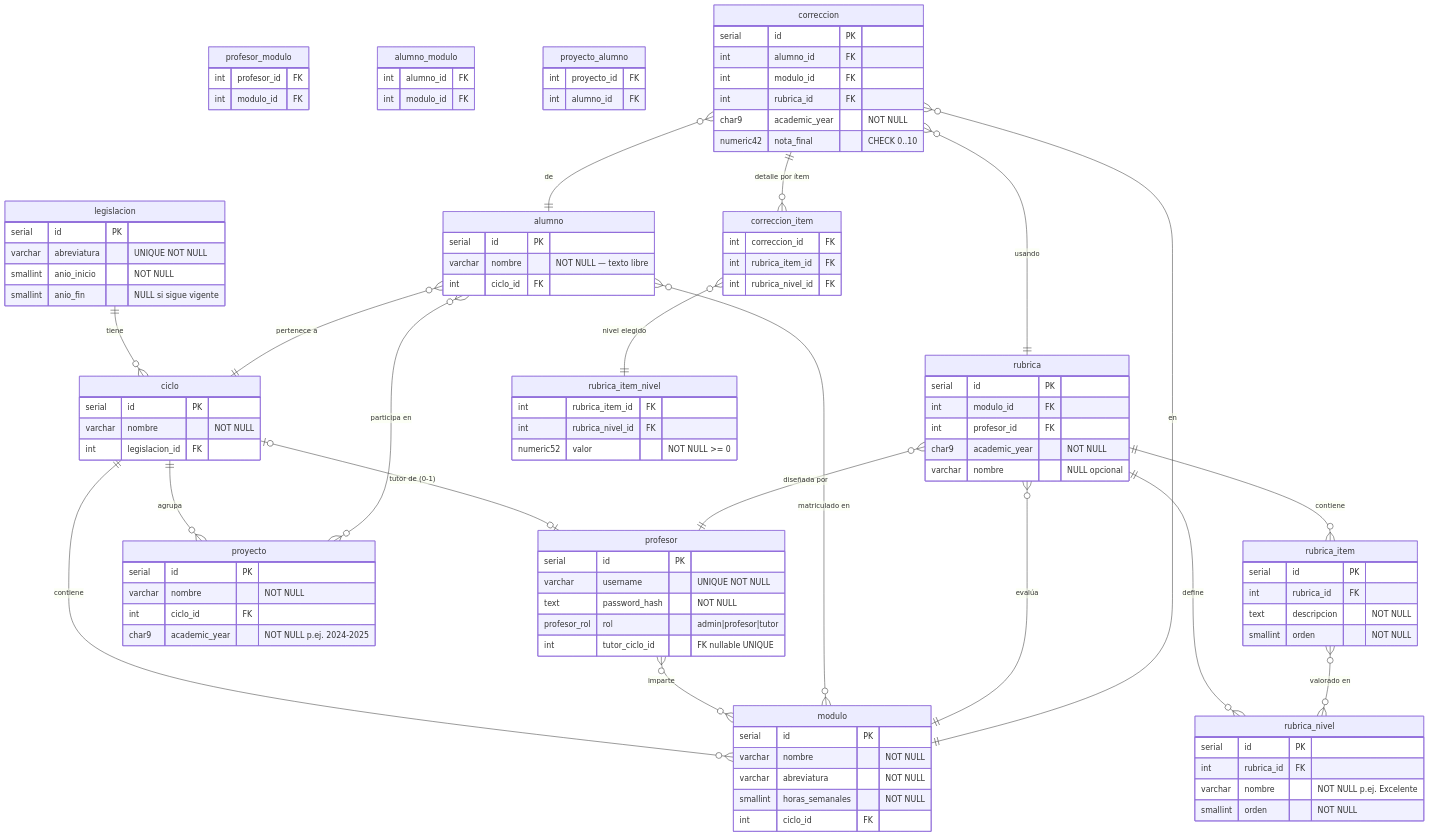
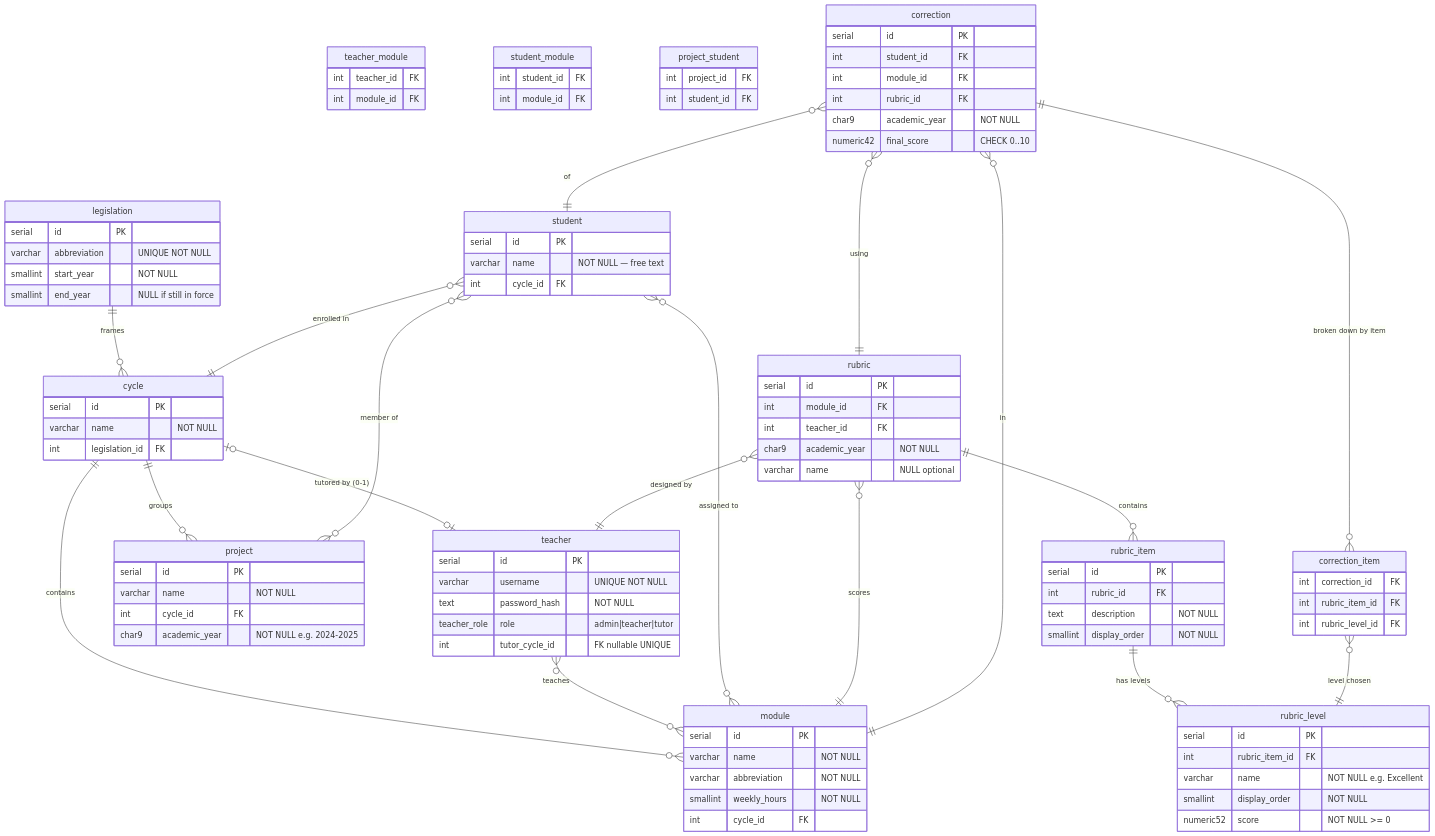
The diagram in corrector/00-database-design/db-diagram.md (dbetancorfp/CORRECTOR_DE_PROYECTOS), drawn with Mermaid before and after one commit. The commit also changed other lines of this file and 3 other files, not shown here.

First line of the commit message:
feat(schema): redesign DB schema with English names and per-item rubric levels

````diff
--- a/corrector/00-database-design/db-diagram.md
+++ b/corrector/00-database-design/db-diagram.md
@@ -3,121 +3,115 @@
 ```mermaid
 erDiagram
-    legislacion {
-        serial      id              PK
-        varchar     abreviatura     "UNIQUE NOT NULL"
-        smallint    anio_inicio     "NOT NULL"
-        smallint    anio_fin        "NULL si sigue vigente"
+    legislation {
+        serial      id             PK
+        varchar     abbreviation   "UNIQUE NOT NULL"
+        smallint    start_year     "NOT NULL"
+        smallint    end_year       "NULL if still in force"
     }
 
-    ciclo {
+    cycle {
         serial      id              PK
-        varchar     nombre          "NOT NULL"
-        int         legislacion_id  FK
+        varchar     name            "NOT NULL"
+        int         legislation_id  FK
     }
 
-    modulo {
-        serial      id              PK
-        varchar     nombre          "NOT NULL"
-        varchar     abreviatura     "NOT NULL"
-        smallint    horas_semanales "NOT NULL"
-        int         ciclo_id        FK
+    module {
+        serial      id             PK
+        varchar     name           "NOT NULL"
+        varchar     abbreviation   "NOT NULL"
+        smallint    weekly_hours   "NOT NULL"
+        int         cycle_id       FK
     }
 
-    profesor {
-        serial      id              PK
-        varchar     username        "UNIQUE NOT NULL"
-        text        password_hash   "NOT NULL"
-        profesor_rol rol            "admin|profesor|tutor"
-        int         tutor_ciclo_id  "FK nullable UNIQUE"
+    teacher {
+        serial       id              PK
+        varchar      username        "UNIQUE NOT NULL"
+        text         password_hash   "NOT NULL"
+        teacher_role role            "admin|teacher|tutor"
+        int          tutor_cycle_id  "FK nullable UNIQUE"
     }
 
-    profesor_modulo {
-        int         profesor_id     FK
-        int         modulo_id       FK
+    teacher_module {
+        int         teacher_id  FK
+        int         module_id   FK
     }
 
-    alumno {
-        serial      id              PK
-        varchar     nombre          "NOT NULL — texto libre"
-        int         ciclo_id        FK
+    student {
+        serial      id        PK
+        varchar     name      "NOT NULL — free text"
+        int         cycle_id  FK
     }
 
-    alumno_modulo {
-        int         alumno_id       FK
-        int         modulo_id       FK
+    student_module {
+        int         student_id  FK
+        int         module_id   FK
     }
 
-    proyecto {
-        serial      id              PK
-        varchar     nombre          "NOT NULL"
-        int         ciclo_id        FK
-        char9       academic_year   "NOT NULL p.ej. 2024-2025"
+    project {
+        serial      id             PK
+        varchar     name           "NOT NULL"
+        int         cycle_id       FK
+        char9       academic_year  "NOT NULL e.g. 2024-2025"
     }
 
-    proyecto_alumno {
-        int         proyecto_id     FK
-        int         alumno_id       FK
+    project_student {
+        int         project_id  FK
+        int         student_id  FK
     }
 
-    rubrica {
-        serial      id              PK
-        int         modulo_id       FK
-        int         profesor_id     FK
-        char9       academic_year   "NOT NULL"
-        varchar     nombre          "NULL opcional"
+    rubric {
+        serial      id             PK
+        int         module_id      FK
+        int         teacher_id     FK
+        char9       academic_year  "NOT NULL"
+        varchar     name           "NULL optional"
     }
 
-    rubrica_item {
-        serial      id              PK
-        int         rubrica_id      FK
-        text        descripcion     "NOT NULL"
-        smallint    orden           "NOT NULL"
+    rubric_item {
+        serial      id             PK
+        int         rubric_id      FK
+        text        description    "NOT NULL"
+        smallint    display_order  "NOT NULL"
     }
 
-    rubrica_nivel {
+    rubric_level {
         serial      id              PK
-        int         rubrica_id      FK
-        varchar     nombre          "NOT NULL p.ej. Excelente"
-        smallint    orden           "NOT NULL"
+        int         rubric_item_id  FK
+        varchar     name            "NOT NULL e.g. Excellent"
+        smallint    display_order   "NOT NULL"
+        numeric52   score           "NOT NULL >= 0"
     }
 
-    rubrica_item_nivel {
-        int         rubrica_item_id FK
-        int         rubrica_nivel_id FK
-        numeric52   valor           "NOT NULL >= 0"
+    correction {
+        serial      id             PK
+        int         student_id     FK
+        int         module_id      FK
+        int         rubric_id      FK
+        char9       academic_year  "NOT NULL"
+        numeric42   final_score    "CHECK 0..10"
     }
 
-    correccion {
-        serial      id              PK
-        int         alumno_id       FK
-        int         modulo_id       FK
-        int         rubrica_id      FK
-        char9       academic_year   "NOT NULL"
-        numeric42   nota_final      "CHECK 0..10"
+    correction_item {
+        int         correction_id   FK
+        int         rubric_item_id  FK
+        int         rubric_level_id FK
     }
 
-    correccion_item {
-        int         correccion_id   FK
-        int         rubrica_item_id FK
-        int         rubrica_nivel_id FK
-    }
-
-    legislacion    ||--o{    ciclo              : "tiene"
-    ciclo          ||--o{    modulo             : "contiene"
-    ciclo          ||--o{    proyecto           : "agrupa"
-    ciclo          o|--o|    profesor           : "tutor de (0-1)"
-    profesor       }o--o{    modulo             : "imparte"
-    alumno         }o--||    ciclo              : "pertenece a"
-    alumno         }o--o{    modulo             : "matriculado en"
-    alumno         }o--o{    proyecto           : "participa en"
-    rubrica        }o--||    modulo             : "evalúa"
-    rubrica        }o--||    profesor           : "diseñada por"
-    rubrica        ||--o{    rubrica_item       : "contiene"
-    rubrica        ||--o{    rubrica_nivel      : "define"
-    rubrica_item   }o--o{    rubrica_nivel      : "valorado en"
-    correccion     }o--||    alumno             : "de"
-    correccion     }o--||    modulo             : "en"
-    correccion     }o--||    rubrica            : "usando"
-    correccion     ||--o{    correccion_item    : "detalle por ítem"
-    correccion_item }o--||   rubrica_item_nivel : "nivel elegido"
+    legislation     ||--o{    cycle            : "frames"
+    cycle           ||--o{    module           : "contains"
+    cycle           ||--o{    project          : "groups"
+    cycle           o|--o|    teacher          : "tutored by (0-1)"
+    teacher         }o--o{    module           : "teaches"
+    student         }o--||    cycle            : "enrolled in"
+    student         }o--o{    module           : "assigned to"
+    student         }o--o{    project          : "member of"
+    rubric          }o--||    module           : "scores"
+    rubric          }o--||    teacher          : "designed by"
+    rubric          ||--o{    rubric_item      : "contains"
+    rubric_item     ||--o{    rubric_level     : "has levels"
+    correction      }o--||    student          : "of"
+    correction      }o--||    module           : "in"
+    correction      }o--||    rubric           : "using"
+    correction      ||--o{    correction_item  : "broken down by item"
+    correction_item }o--||    rubric_level     : "level chosen"
 ```
````
